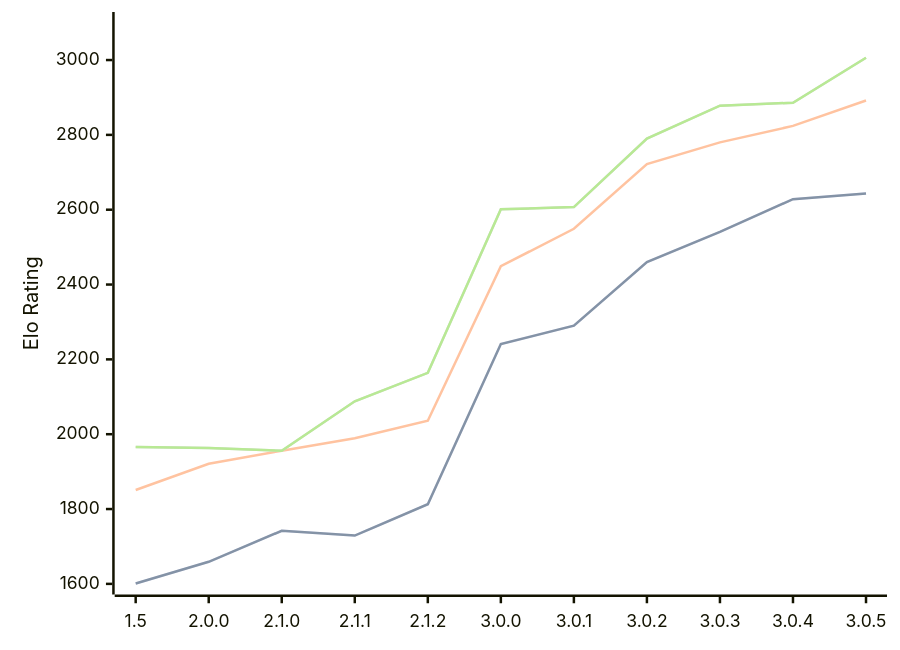
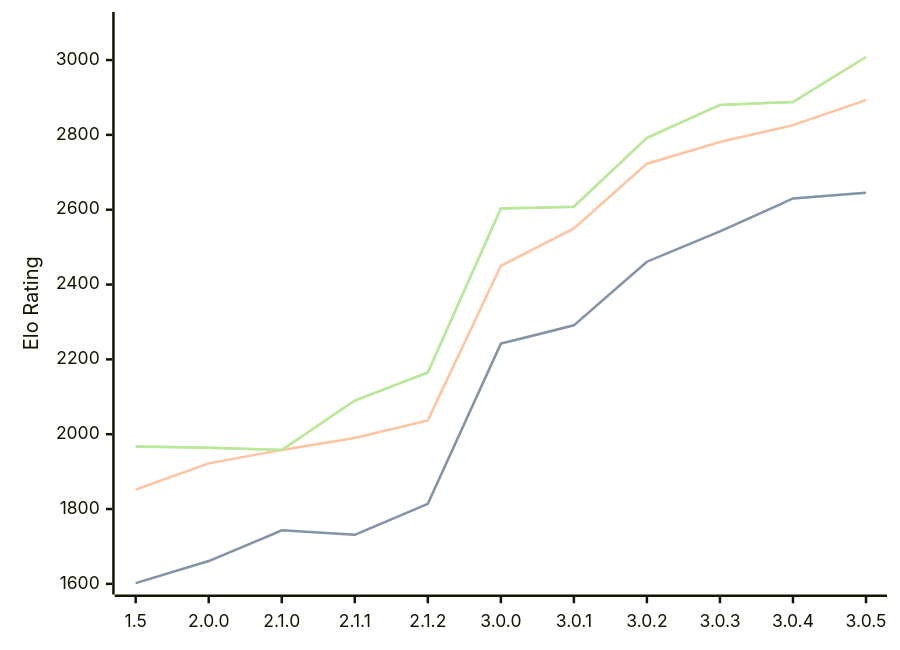
Before and after one commit to computer-chess-index/cci: the diagram in engines/Rudim.md, drawn with Mermaid. The commit also changed other lines of this file, not shown here.

Commit message:
Update CCI Ratings (ELO VLTC) - 2026-10-09

````diff
--- a/engines/Rudim.md
+++ b/engines/Rudim.md
@@ -45,11 +45,11 @@
 ```mermaid
 %%{init: {"theme":"base","themeVariables":{"seriesColors:['#a3a3a3','#222221','#faa371']}}}%%
 xychart-beta
   x-axis ["1.5", "2.0.0", "2.1.0", "2.1.1", "2.1.2", "3.0.0", "3.0.1", "3.0.2", "3.0.3", "3.0.4", "3.0.5"]
   y-axis "Elo Rating" 1600 --> 3100
-  line "" [1601, 1659, 1742, 1729, 1813, 2241, 2290, 2460, 2541, 2628, 2643]
-  line "STC (8.0+0.08s)" [1601, 1659, 1742, 1729, 1813, 2241, 2290, 2460, 2541, 2628, 2643]
-  line "LTC (60.0+0.60s)" [1851, 1921, 1956, 1989, 2036, 2449, 2549, 2722, 2780, 2824, 2892]
-  line "" [1966, 1963, 1956, 2088, 2164, 2601, 2607, 2790, 2878, 2886, 3006]
-  line "VLTC (2m24s+1.12s)" [1966, 1963, 1956, 2088, 2164, 2601, 2607, 2790, 2878, 2886, 3006]
+  line "" [1602, 1661, 1743, 1731, 1814, 2242, 2291, 2461, 2542, 2630, 2645]
+  line "STC (8.0+0.08s)" [1602, 1661, 1743, 1731, 1814, 2242, 2291, 2461, 2542, 2630, 2645]
+  line "LTC (60.0+0.60s)" [1852, 1922, 1958, 1990, 2037, 2450, 2550, 2723, 2781, 2826, 2893]
+  line "" [1967, 1964, 1958, 2090, 2165, 2603, 2608, 2792, 2880, 2888, 3008]
+  line "VLTC (2m24s+1.12s)" [1967, 1964, 1958, 2090, 2165, 2603, 2608, 2792, 2880, 2888, 3008]
 ```
````
